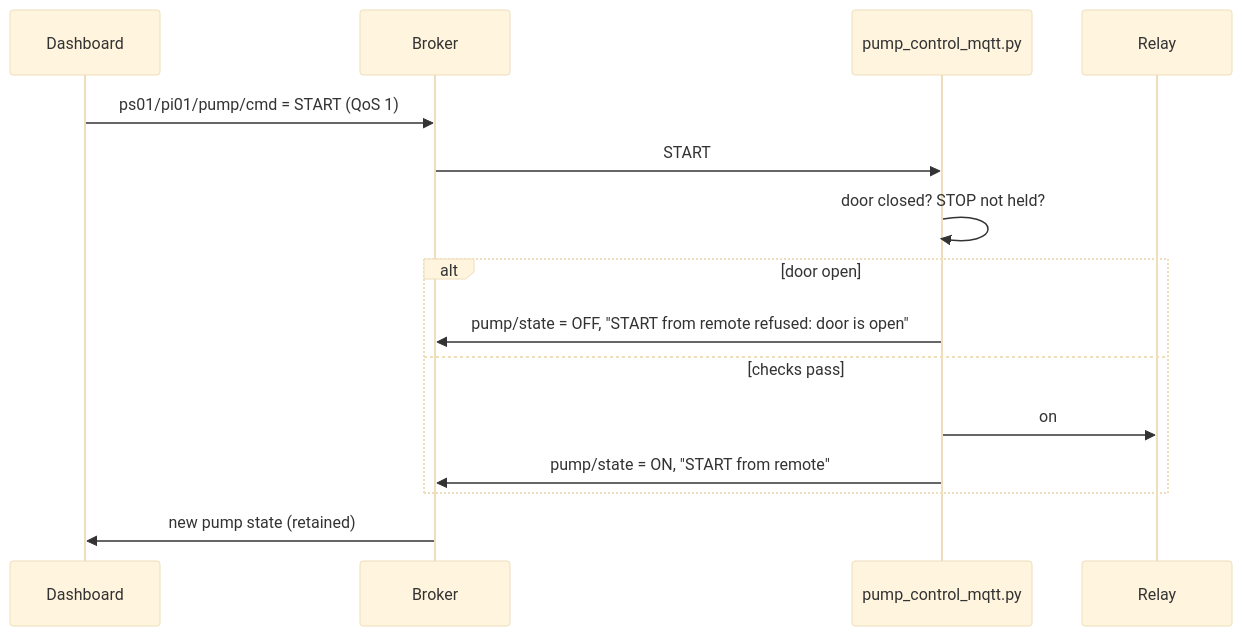
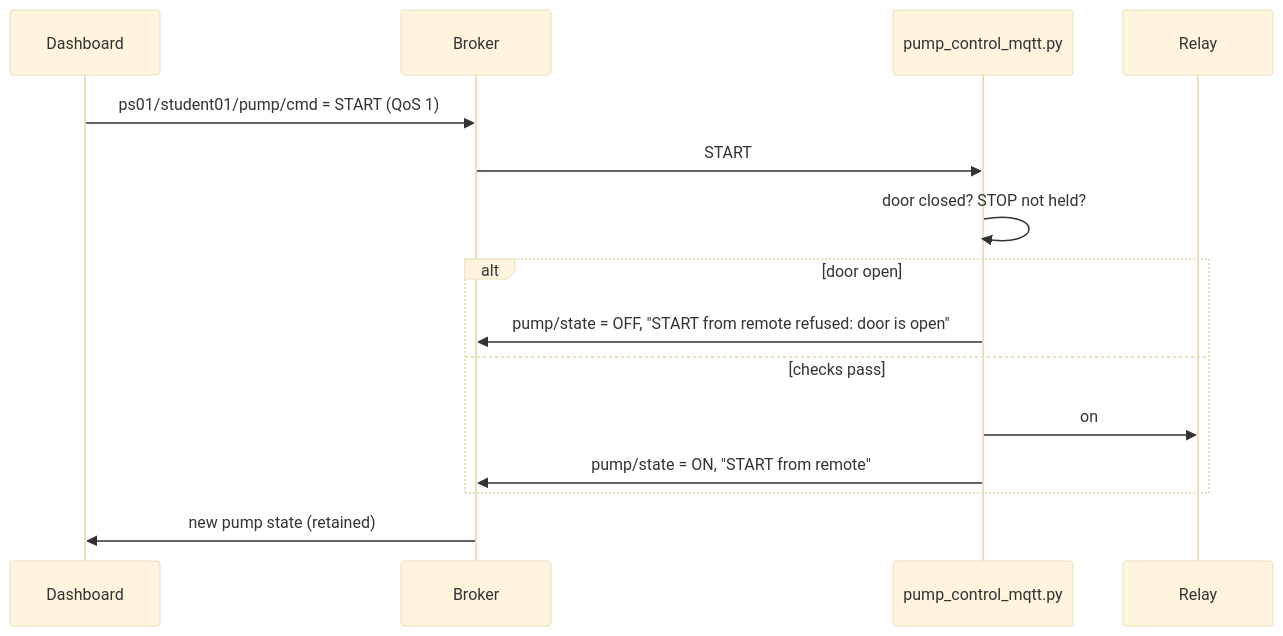
Before and after one commit to luqmanyusof/industrial-iot-raspberry-pi: the sixth of 7 diagrams in day2.md, drawn with Mermaid (base theme). The commit also changed other lines of this file and 17 other files, not shown here.

````diff
--- a/day2.md
+++ b/day2.md
@@ -861,17 +861,17 @@
 ```mermaid
 sequenceDiagram
     participant D as Dashboard
     participant B as Broker
     participant P as pump_control_mqtt.py
     participant R as Relay
-    D->>B: ps01/pi01/pump/cmd = START (QoS 1)
+    D->>B: ps01/student01/pump/cmd = START (QoS 1)
     B->>P: START
     P->>P: door closed? STOP not held?
     alt door open
         P->>B: pump/state = OFF, "START from remote refused: door is open"
     else checks pass
         P->>R: on
         P->>B: pump/state = ON, "START from remote"
     end
     B->>D: new pump state (retained)
 ```
````
